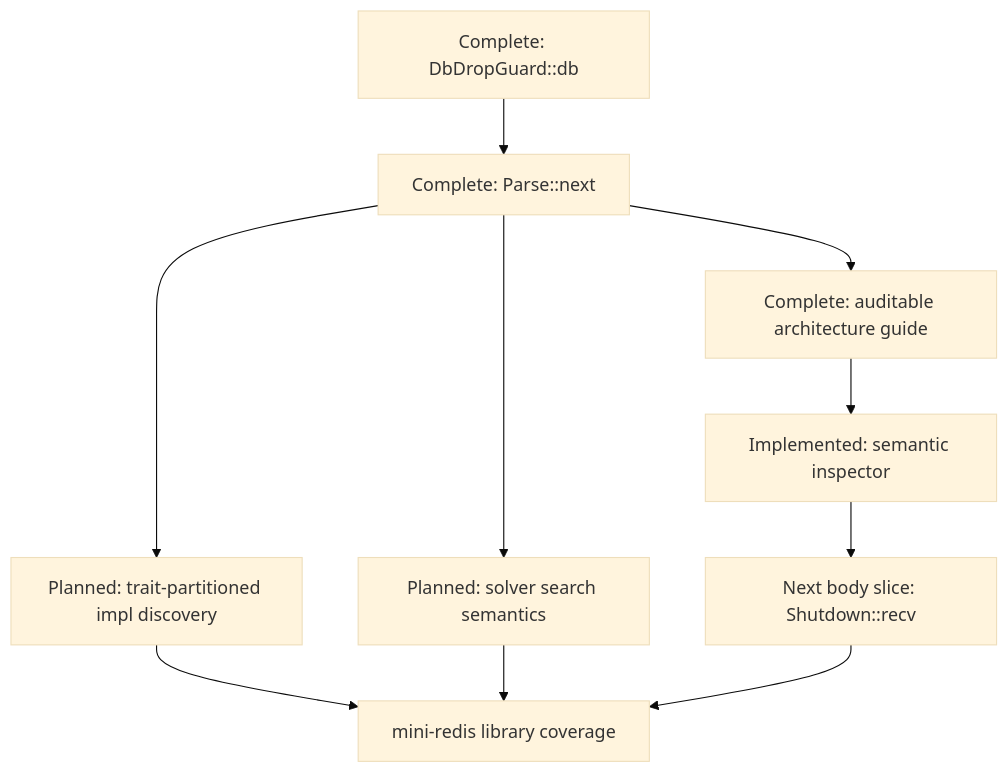
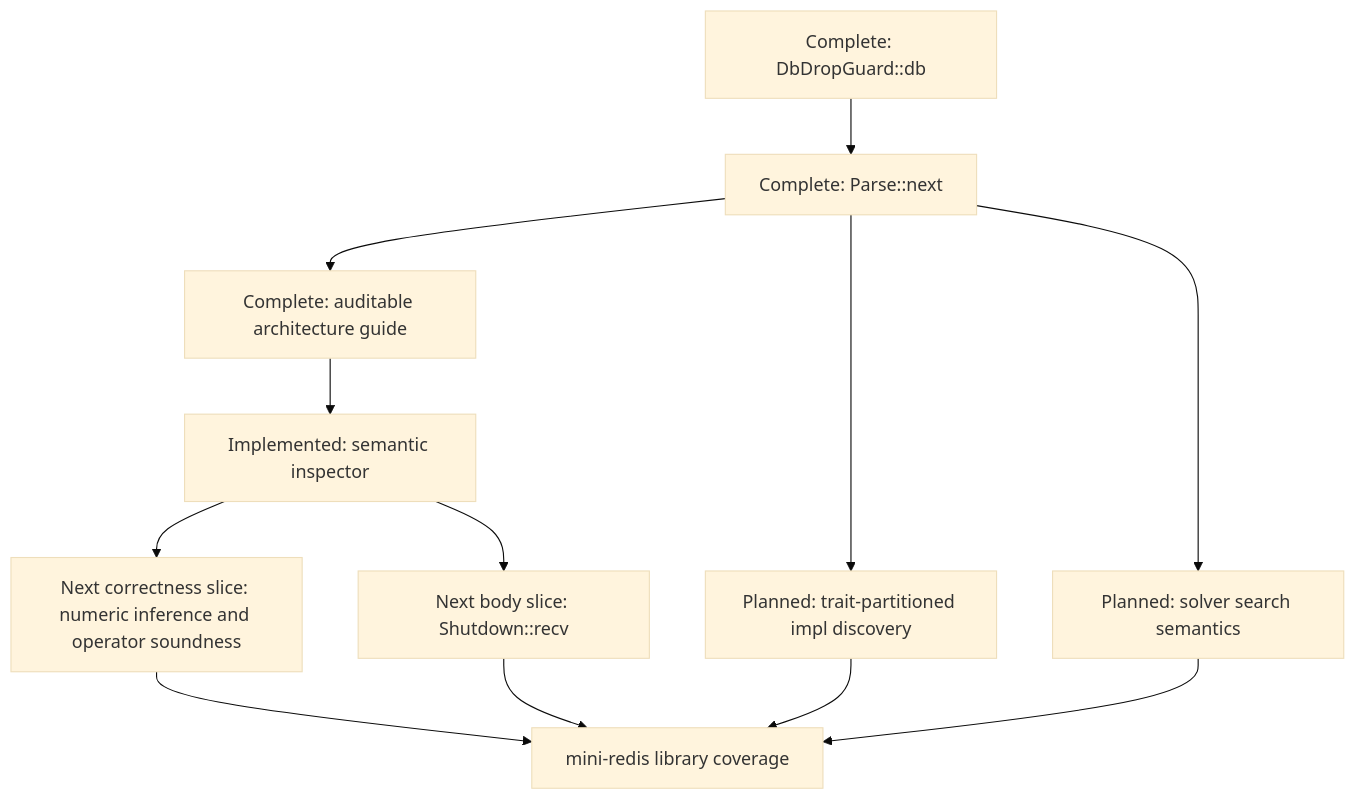
The diagram in md/implementation/roadmap.md (nikomatsakis/sage-dev), drawn with Mermaid (base theme) before and after one commit. The commit also changed other lines of this file and 18 other files, not shown here.

Commit message:
docs: accept numeric inference operator design

````diff
--- a/md/implementation/roadmap.md
+++ b/md/implementation/roadmap.md
@@ -15,12 +15,14 @@
 ```mermaid
 flowchart TD
     Db[Complete: DbDropGuard::db] --> Parse[Complete: Parse::next]
     Parse --> Docs[Complete: auditable architecture guide]
     Docs --> Inspect[Implemented: semantic inspector]
+    Inspect --> Numeric[Next correctness slice: numeric inference and operator soundness]
     Parse --> ImplIndex[Planned: trait-partitioned impl discovery]
     Parse --> SolverSearch[Planned: solver search semantics]
     Inspect --> Shutdown[Next body slice: Shutdown::recv]
+    Numeric --> Library[mini-redis library coverage]
     ImplIndex --> Library[mini-redis library coverage]
     SolverSearch --> Library
     Shutdown --> Library
 ```
````
